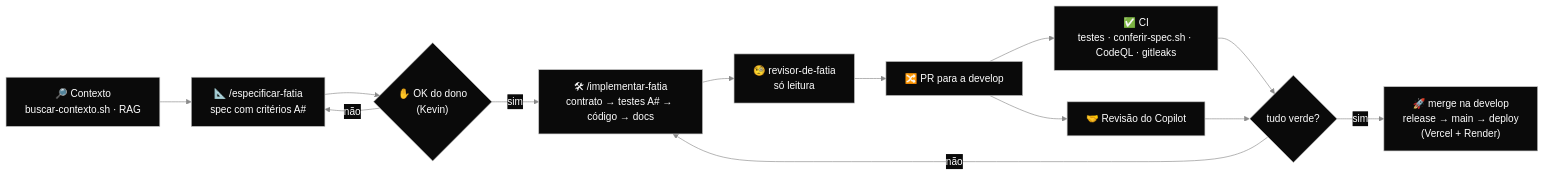
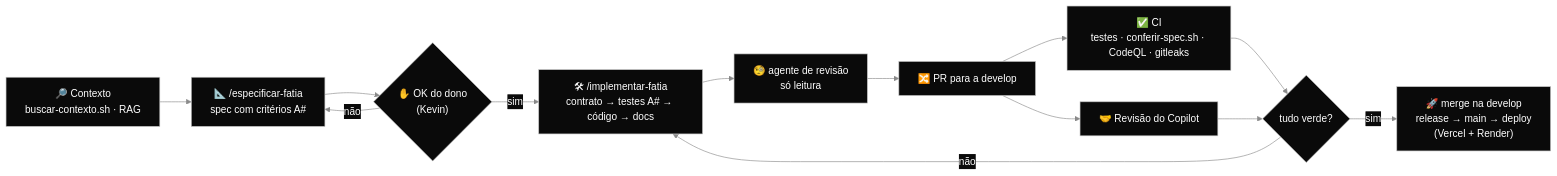
One commit to k3vinrich4rd/barbearia-altas-horas changed the eighth of 8 diagrams in README.md. Above: the diagram before and after it, drawn with Mermaid. The commit also changed other lines of this file and 1 other file, not shown here.

````diff
--- a/README.md
+++ b/README.md
@@ -661,16 +634,16 @@
 ```mermaid
 %%{init: {'theme':'base','themeVariables':{'primaryColor':'#0A0A0A','primaryTextColor':'#FFFFFF','primaryBorderColor':'#C0C0C0','lineColor':'#8A8A8A','fontFamily':'Helvetica, Arial, sans-serif'}}}%%
 flowchart LR
     B["🔎 Contexto<br/>buscar-contexto.sh · RAG"] --> E["📐 /especificar-fatia<br/>spec com critérios A#"]
     E --> OK{"✋ OK do dono<br/>(Kevin)"}
     OK -- "não" --> E
     OK -- "sim" --> I["🛠 /implementar-fatia<br/>contrato → testes A# → código → docs"]
-    I --> R["🧐 revisor-de-fatia<br/>só leitura"]
+    I --> R["🧐 agente de revisão<br/>só leitura"]
     R --> PR["🔀 PR para a develop"]
     PR --> CI["✅ CI<br/>testes · conferir-spec.sh · CodeQL · gitleaks"]
     PR --> CP["🤝 Revisão do Copilot"]
     CI --> M{"tudo verde?"}
     CP --> M
     M -- "sim" --> D["🚀 merge na develop<br/>release → main → deploy<br/>(Vercel + Render)"]
     M -- "não" --> I
 ```
````
